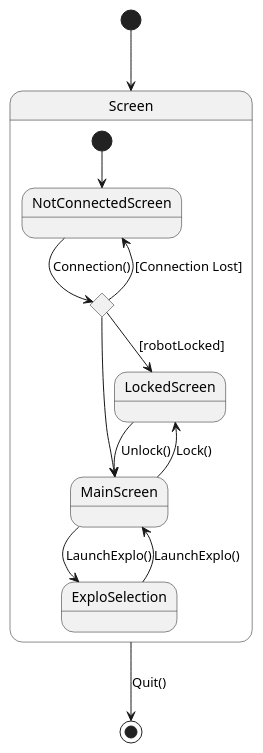
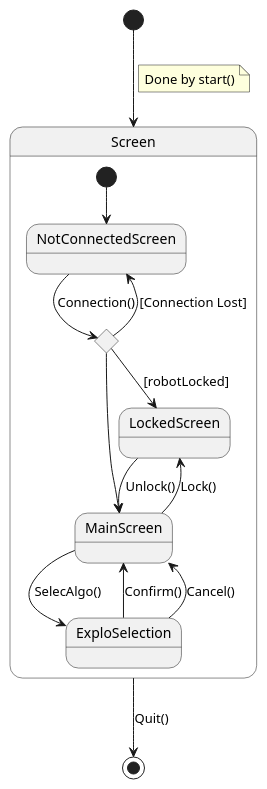
Before and after one commit to Larson-09/PATO_Project: the diagram in Diagrammes UML/3.1.3 - Les écrans/3.1.3 - Diagramme IHM - EN.puml, drawn with PlantUML. The commit also changed 2 other files, not shown here.

Commit message:
Diagramme IHM V1 FR/EN

```diff
--- a/Diagrammes UML/3.1.3 - Les écrans/3.1.3 - Diagramme IHM - EN.puml
+++ b/Diagrammes UML/3.1.3 - Les écrans/3.1.3 - Diagramme IHM - EN.puml
@@ -1,25 +1,29 @@
 @startuml
 [*] --> Screen
+note on link
+    Done by start()
+end note
 state Screen {
     state "NotConnectedScreen" as NotConnectedScreen
     state "MainScreen" as MainScreen
     state "LockedScreen" as LockedScreen
     state "ExploSelection" as ExploSelection
 
     state c <<choice>>
 
     [*] --> NotConnectedScreen
     NotConnectedScreen -> c : Connection()
 
     c --> NotConnectedScreen : [Connection Lost]
     c --> MainScreen
     c --> LockedScreen : [robotLocked]
     LockedScreen --> MainScreen: Unlock()
     MainScreen --> LockedScreen: Lock()
-    MainScreen --> ExploSelection : LaunchExplo()
-    ExploSelection --> MainScreen : LaunchExplo()
+    MainScreen --> ExploSelection : SelecAlgo()
+    ExploSelection --> MainScreen : Confirm()
+    ExploSelection --> MainScreen : Cancel()
 }
 
 Screen --> [*] : Quit()
 
 @enduml
```
